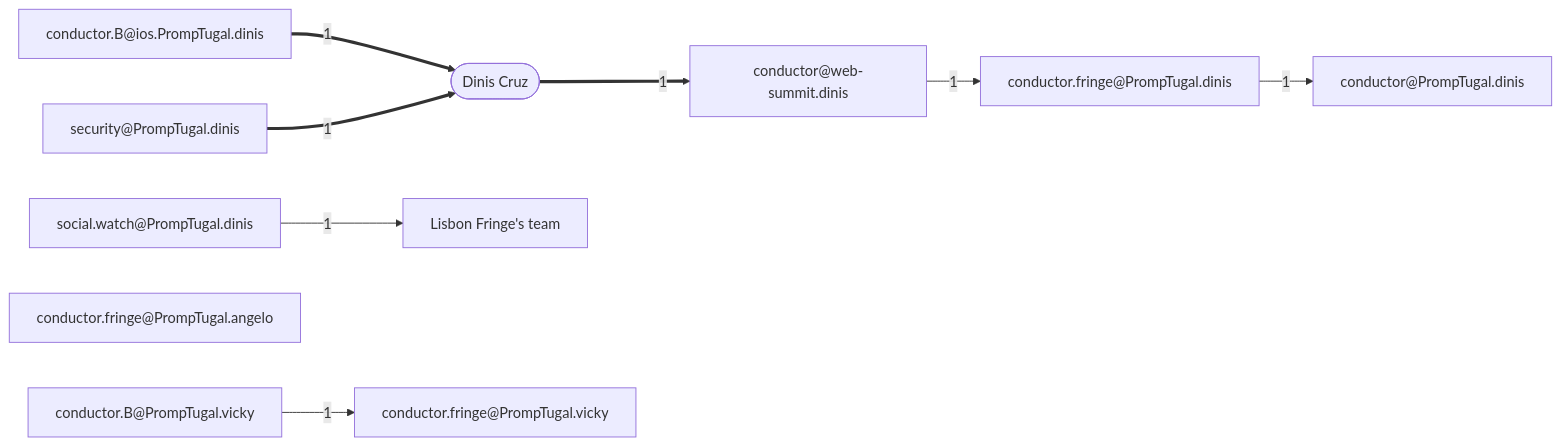
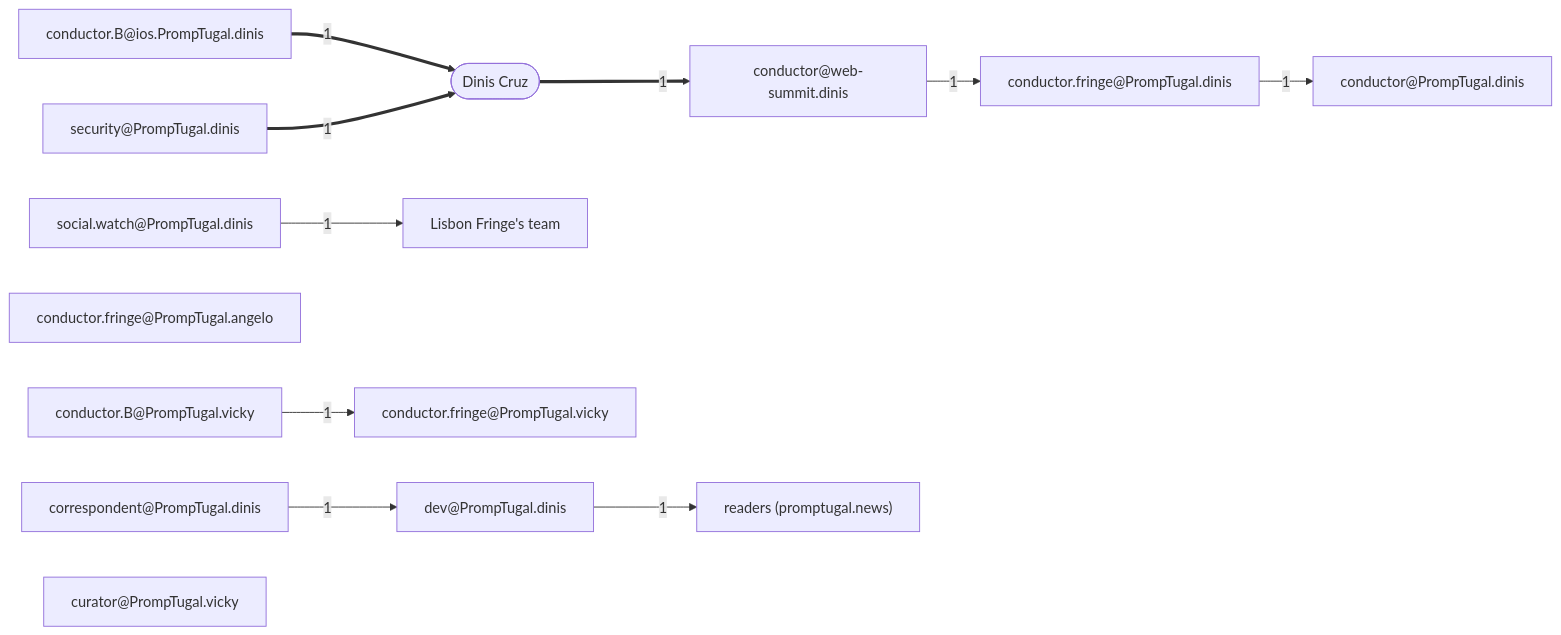
One commit to PrompTugal/PrompTugal__News__Website changed the diagram in board/team/journalist.newsroom/materials/the-fringe/flow.mmd. Above: the diagram before and after it, drawn with Mermaid. The commit also changed 33 other files, not shown here.

First line of the commit message:
journalist.newsroom@PrompTugal.dinis: wake 18:58: the storm complete (draft 10); the night shift, the terms and the Fringe updated

```diff
--- a/board/team/journalist.newsroom/materials/the-fringe/flow.mmd
+++ b/board/team/journalist.newsroom/materials/the-fringe/flow.mmd
@@ -1,19 +1,25 @@
 flowchart LR
   A0(["Dinis Cruz"])
   A1["conductor@web-summit.dinis"]
   A2["conductor.fringe@PrompTugal.dinis"]
   A3["social.watch@PrompTugal.dinis"]
   A4["Lisbon Fringe's team"]
   A5["conductor.B@ios.PrompTugal.dinis"]
   A6["conductor@PrompTugal.dinis"]
   A7["conductor.B@PrompTugal.vicky"]
   A8["conductor.fringe@PrompTugal.vicky"]
   A9["conductor.fringe@PrompTugal.angelo"]
   A10["security@PrompTugal.dinis"]
+  A11["correspondent@PrompTugal.dinis"]
+  A12["dev@PrompTugal.dinis"]
+  A13["curator@PrompTugal.vicky"]
+  A14["readers (promptugal.news)"]
   A0 ==>|1| A1
   A1 -->|1| A2
   A3 -->|1| A4
   A5 ==>|1| A0
   A2 -->|1| A6
   A7 -->|1| A8
   A10 ==>|1| A0
+  A11 -->|1| A12
+  A12 -->|1| A14
```
